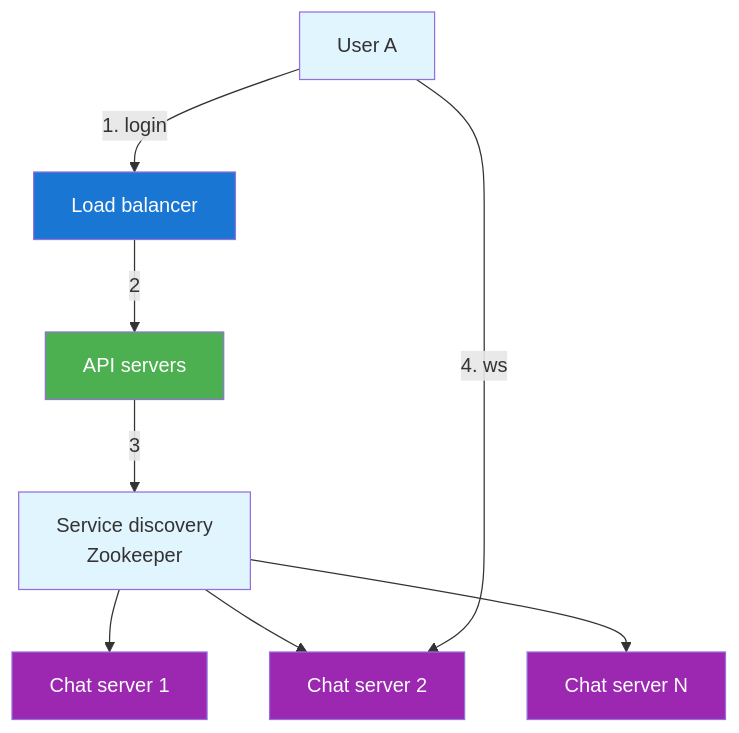
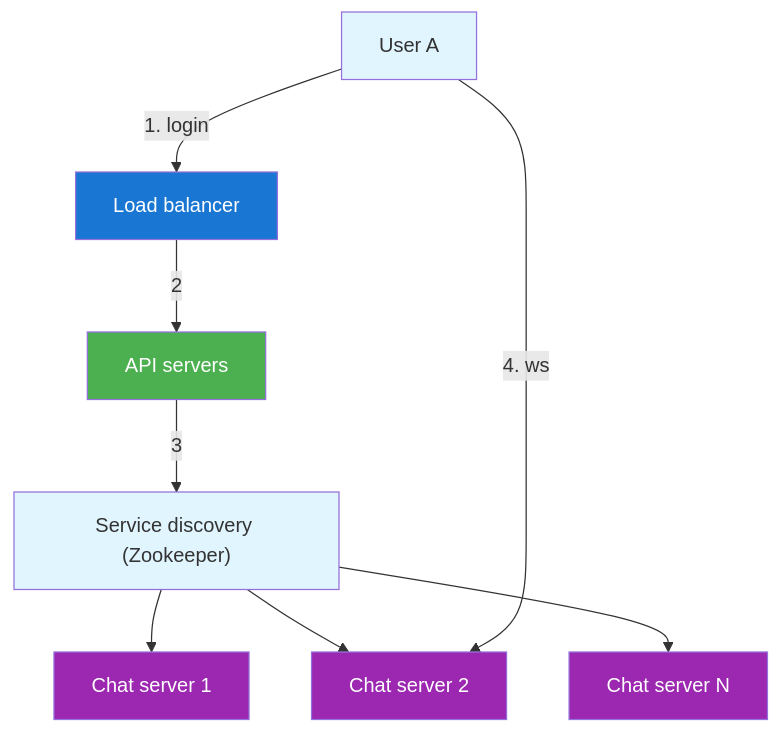
The ninth of 18 diagrams in 1.ChatApp.md (NalinDalal/system-design), drawn with Mermaid before and after one commit. The commit also changed other lines of this file, not shown here.

Commit message:
chat app design

````diff
--- a/1.ChatApp.md
+++ b/1.ChatApp.md
@@ -244,20 +236,20 @@
 ```mermaid
 graph TD
-    A[User A] -->|1. login| B[Load balancer]
-    B -->|2| C[API servers]
-    C -->|3| D[Service discovery<br/>Zookeeper]
+    A["User A"] -->|1. login| B["Load balancer"]
+    B -->|2| C["API servers"]
+    C -->|3| D["Service discovery (Zookeeper)"]
 
-    D --> E[Chat server 1]
-    D --> F[Chat server 2]
-    D --> G[Chat server N]
+    D --> E["Chat server 1"]
+    D --> F["Chat server 2"]
+    D --> G["Chat server N"]
 
-    A -->|4. ws| F[Chat server 2]
+    A -->|4. ws| F
 
     style A fill:#e1f5fe
     style B fill:#1976d2,color:#fff
     style C fill:#4caf50,color:#fff
     style D fill:#e1f5fe
     style E fill:#9c27b0,color:#fff
     style F fill:#9c27b0,color:#fff
     style G fill:#9c27b0,color:#fff
 ```
````
